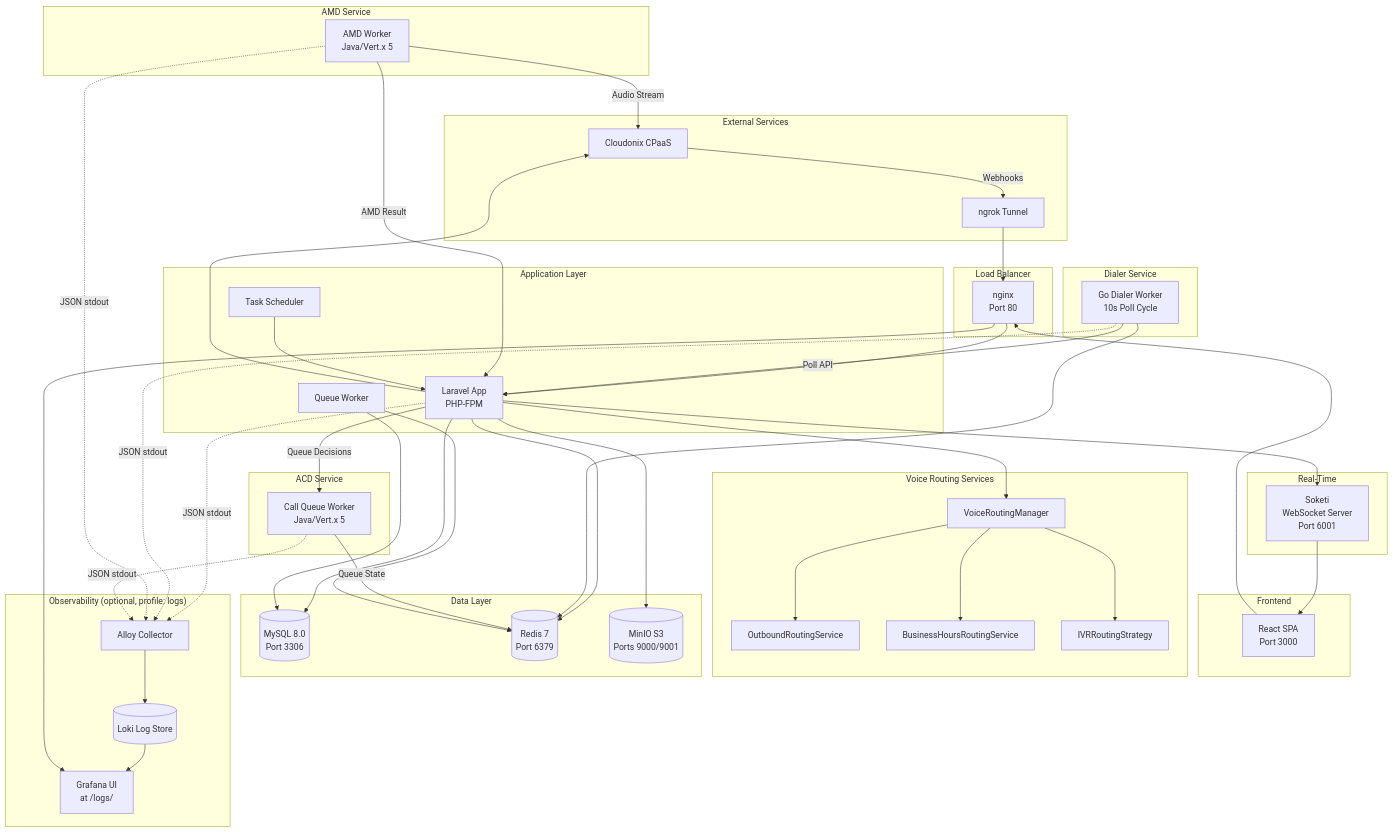
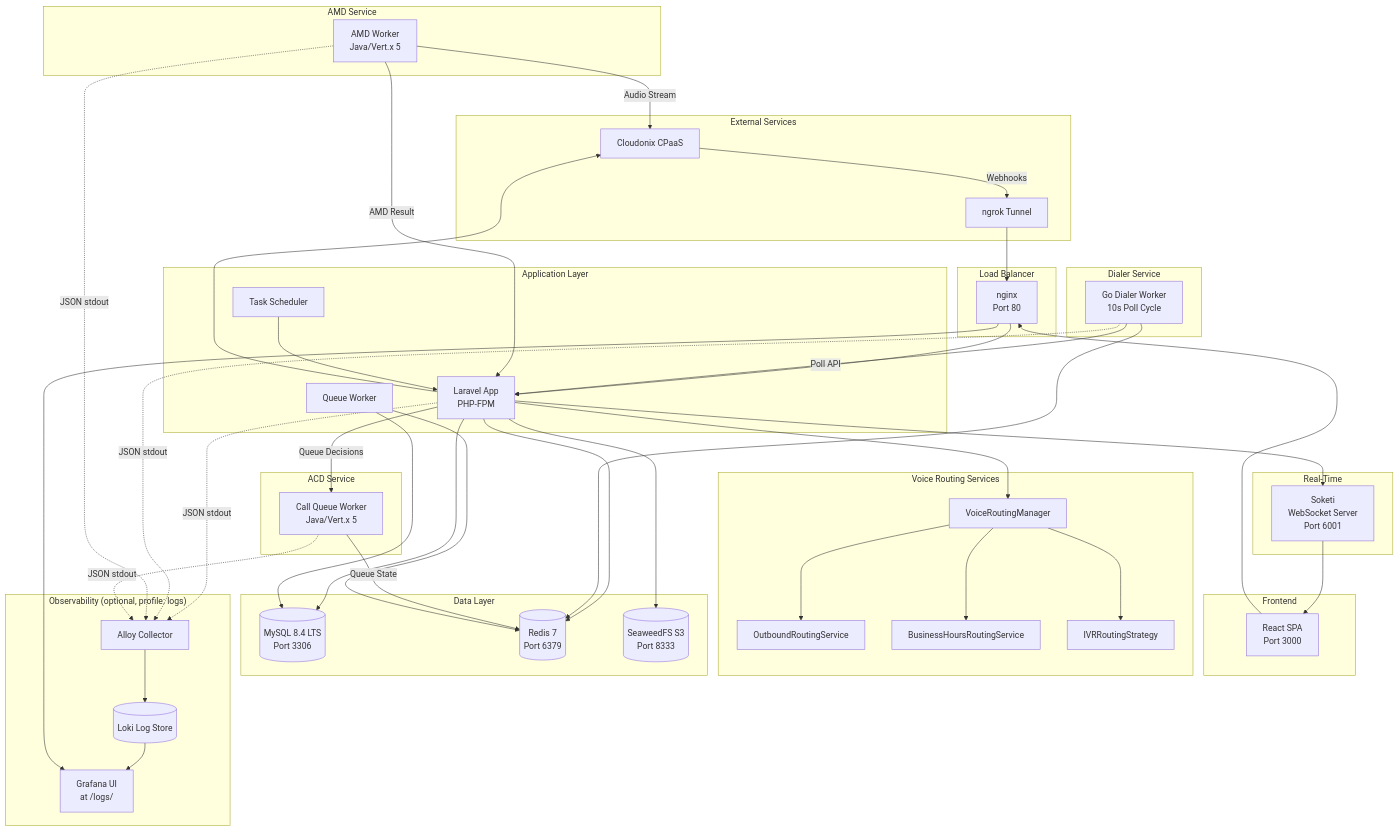
The first of 3 diagrams in README.md (greenfieldtech-nirs/opbx), drawn with Mermaid before and after one commit. The commit also changed other lines of this file and 10 other files, not shown here.

Commit message:
docs(infra): replace MinIO and MySQL 8.0 references in README and user guide

```diff
--- a/README.md
+++ b/README.md
@@ -131,9 +131,9 @@
     end
 
     subgraph "Data Layer"
-        MYSQL[(MySQL 8.0<br/>Port 3306)]
+        MYSQL[(MySQL 8.4 LTS<br/>Port 3306)]
         REDIS[(Redis 7<br/>Port 6379)]
-        MINIO[(MinIO S3<br/>Ports 9000/9001)]
+        SEAWEEDFS[(SeaweedFS S3<br/>Port 8333)]
     end
 
     subgraph "Real-Time"
@@ -156,7 +156,7 @@
     VRM --> IVR
     APP --> MYSQL
     APP --> REDIS
-    APP --> MINIO
+    APP --> SEAWEEDFS
     APP --> SOKETI
     APP --> CX
     GOWORKER -->|Poll API| APP
```
